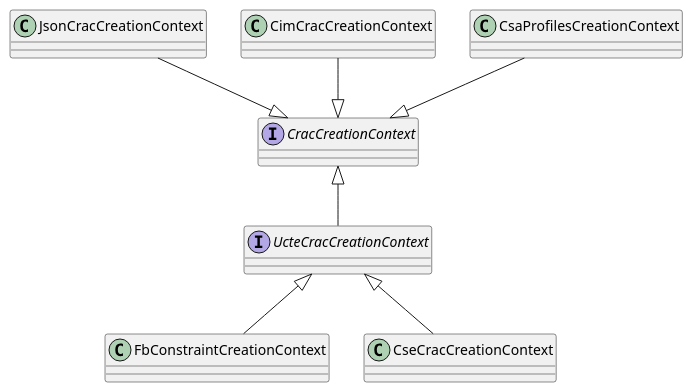
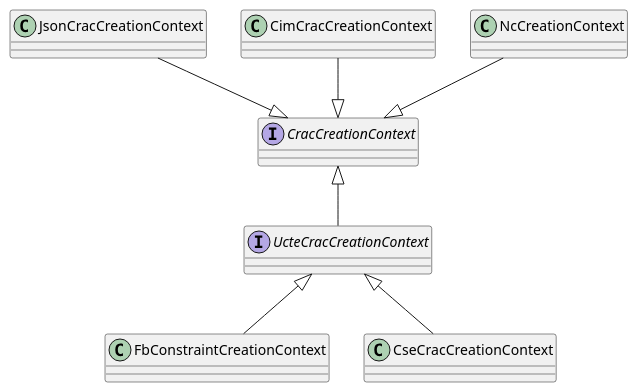
The first of 9 diagrams in docs/input-data/crac/creation-context.md (powsybl/powsybl-open-rao), drawn with PlantUML before and after one commit. The commit also changed 16 other files, not shown here.

```diff
--- a/docs/input-data/crac/creation-context.md
+++ b/docs/input-data/crac/creation-context.md
@@ -18,14 +18,14 @@
 ~~~{plantuml}
 @startuml
 CracCreationContext <|-- UcteCracCreationContext
 JsonCracCreationContext --|> CracCreationContext
 CimCracCreationContext --|> CracCreationContext
-CsaProfilesCreationContext --|> CracCreationContext
+NcCreationContext --|> CracCreationContext
 interface UcteCracCreationContext {
 }
 interface CracCreationContext {
 }
 UcteCracCreationContext <|-- FbConstraintCreationContext
 UcteCracCreationContext <|-- CseCracCreationContext
 @enduml
 ~~~
```
